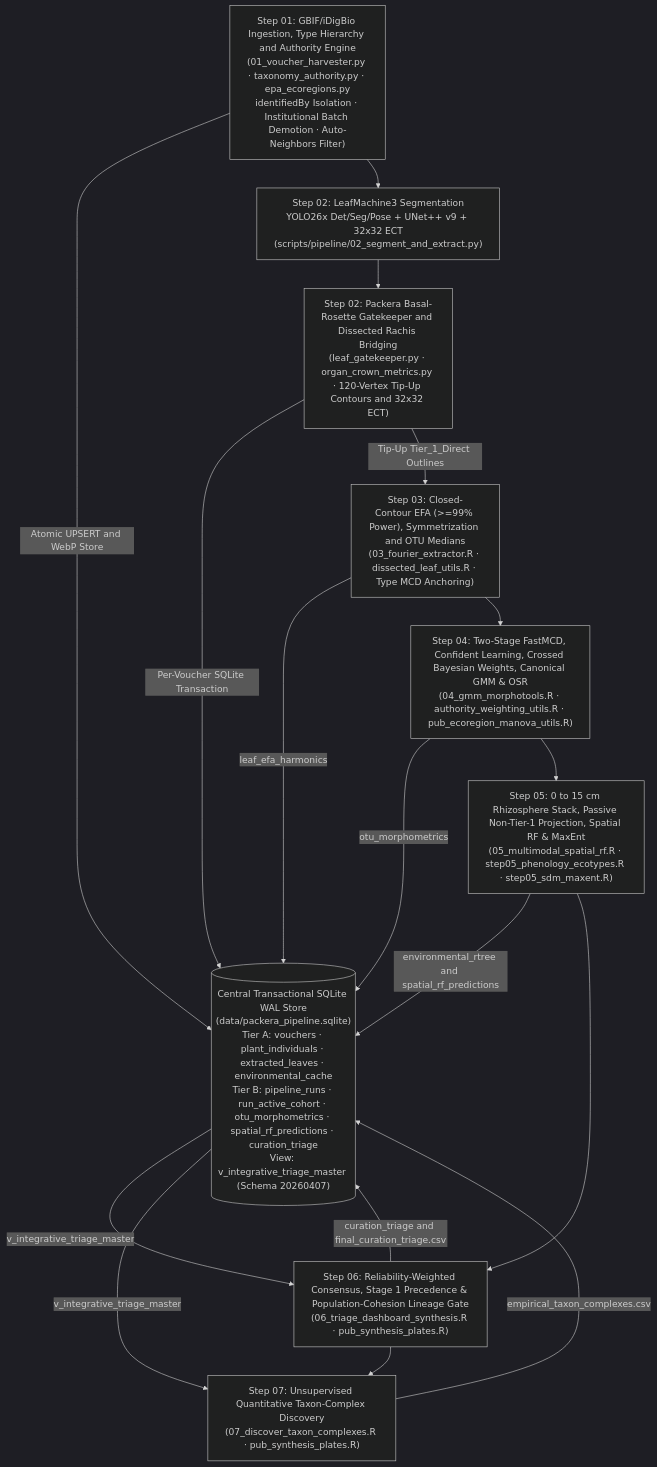
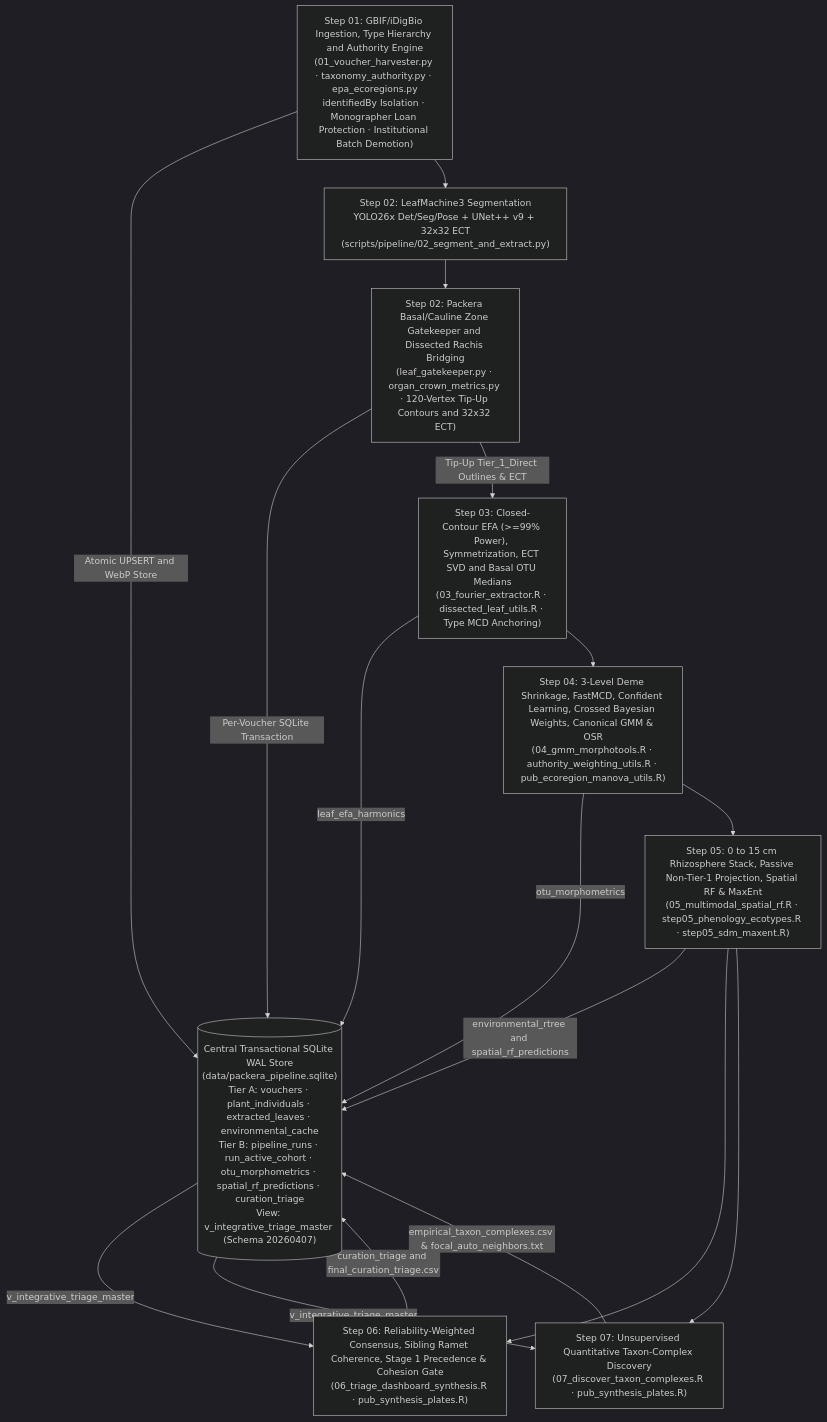
One commit to Plantatsrophe/Packera_dubia_morphometrics changed the diagram in README.md. Above: the diagram before and after it, drawn with Mermaid (dark theme). The commit also changed other lines of this file and 2 other files, not shown here.

````diff
--- a/README.md
+++ b/README.md
@@ -45,21 +48,21 @@
 ```mermaid
 flowchart TD
     DB[("Central Transactional SQLite WAL Store\n(data/packera_pipeline.sqlite)\nTier A: vouchers · plant_individuals · extracted_leaves · environmental_cache\nTier B: pipeline_runs · run_active_cohort · otu_morphometrics · spatial_rf_predictions · curation_triage\nView: v_integrative_triage_master (Schema 20260407)")]
 
-    B1["Step 01: GBIF/iDigBio Ingestion, Type Hierarchy and Authority Engine\n(01_voucher_harvester.py · taxonomy_authority.py · epa_ecoregions.py\nidentifiedBy Isolation · Institutional Batch Demotion · Auto-Neighbors Filter)"] -->|"Atomic UPSERT and WebP Store"| DB
+    B1["Step 01: GBIF/iDigBio Ingestion, Type Hierarchy and Authority Engine\n(01_voucher_harvester.py · taxonomy_authority.py · epa_ecoregions.py\nidentifiedBy Isolation · Monographer Loan Protection · Institutional Batch Demotion)"] -->|"Atomic UPSERT and WebP Store"| DB
     B1 --> S02["Step 02: LeafMachine3 Segmentation<br/>YOLO26x Det/Seg/Pose + UNet++ v9 + 32x32 ECT<br/>(scripts/pipeline/02_segment_and_extract.py)"]
-    S02 --> B3["Step 02: Packera Basal-Rosette Gatekeeper and Dissected Rachis Bridging\n(leaf_gatekeeper.py · organ_crown_metrics.py · 120-Vertex Tip-Up Contours and 32x32 ECT)"]
+    S02 --> B3["Step 02: Packera Basal/Cauline Zone Gatekeeper and Dissected Rachis Bridging\n(leaf_gatekeeper.py · organ_crown_metrics.py · 120-Vertex Tip-Up Contours and 32x32 ECT)"]
     B3 -->|"Per-Voucher SQLite Transaction"| DB
-    B3 -->|"Tip-Up Tier_1_Direct Outlines"| B4["Step 03: Closed-Contour EFA (>=99% Power), Symmetrization and OTU Medians\n(03_fourier_extractor.R · dissected_leaf_utils.R · Type MCD Anchoring)"]
+    B3 -->|"Tip-Up Tier_1_Direct Outlines & ECT"| B4["Step 03: Closed-Contour EFA (>=99% Power), Symmetrization, ECT SVD and Basal OTU Medians\n(03_fourier_extractor.R · dissected_leaf_utils.R · Type MCD Anchoring)"]
     B4 -->|"leaf_efa_harmonics"| DB
-    B4 --> B5["Step 04: Two-Stage FastMCD, Confident Learning, Crossed Bayesian Weights, Canonical GMM & OSR\n(04_gmm_morphotools.R · authority_weighting_utils.R · pub_ecoregion_manova_utils.R)"]
+    B4 --> B5["Step 04: 3-Level Deme Shrinkage, FastMCD, Confident Learning, Crossed Bayesian Weights, Canonical GMM & OSR\n(04_gmm_morphotools.R · authority_weighting_utils.R · pub_ecoregion_manova_utils.R)"]
     B5 -->|"otu_morphometrics"| DB
     B5 --> B6["Step 05: 0 to 15 cm Rhizosphere Stack, Passive Non-Tier-1 Projection, Spatial RF & MaxEnt\n(05_multimodal_spatial_rf.R · step05_phenology_ecotypes.R · step05_sdm_maxent.R)"]
     B6 -->|"environmental_rtree and spatial_rf_predictions"| DB
-    B6 --> B7["Step 06: Reliability-Weighted Consensus, Stage 1 Precedence & Population-Cohesion Lineage Gate\n(06_triage_dashboard_synthesis.R · pub_synthesis_plates.R)"]
+    B6 --> B7["Step 06: Reliability-Weighted Consensus, Sibling Ramet Coherence, Stage 1 Precedence & Cohesion Gate\n(06_triage_dashboard_synthesis.R · pub_synthesis_plates.R)"]
     DB -->|"v_integrative_triage_master"| B7
     B7 -->|"curation_triage and final_curation_triage.csv"| DB
-    B7 --> B8["Step 07: Unsupervised Quantitative Taxon-Complex Discovery\n(07_discover_taxon_complexes.R · pub_synthesis_plates.R)"]
+    B6 --> B8["Step 07: Unsupervised Quantitative Taxon-Complex Discovery\n(07_discover_taxon_complexes.R · pub_synthesis_plates.R)"]
     DB -->|"v_integrative_triage_master"| B8
-    B8 -->|"empirical_taxon_complexes.csv"| DB
+    B8 -->|"empirical_taxon_complexes.csv & focal_auto_neighbors.txt"| DB
 ```
````
